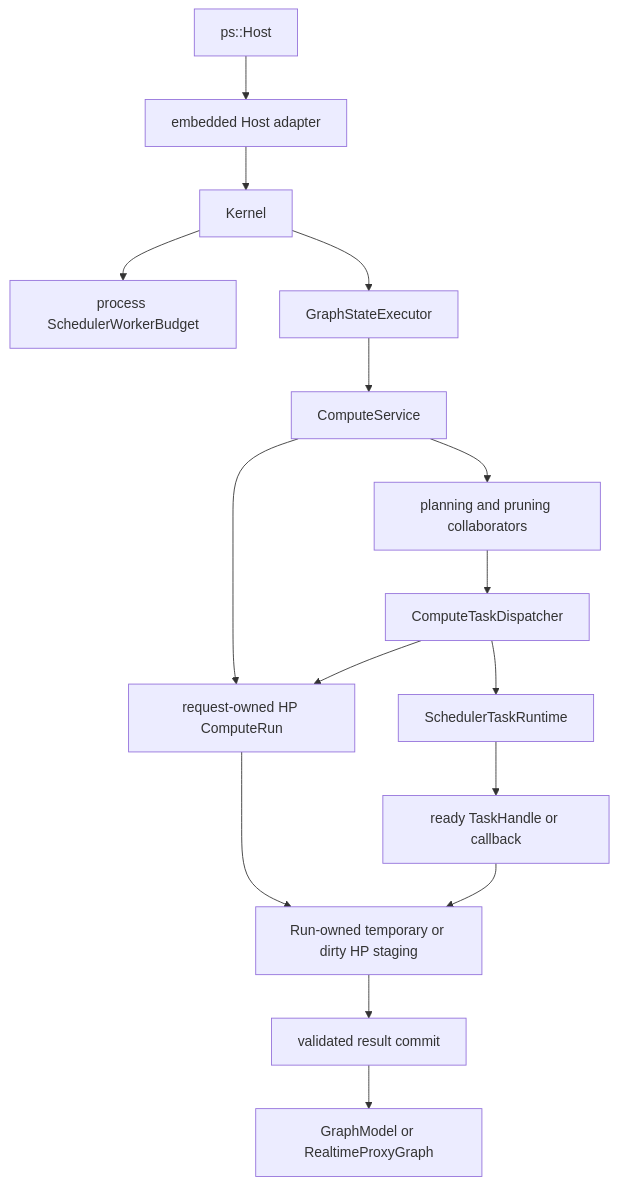
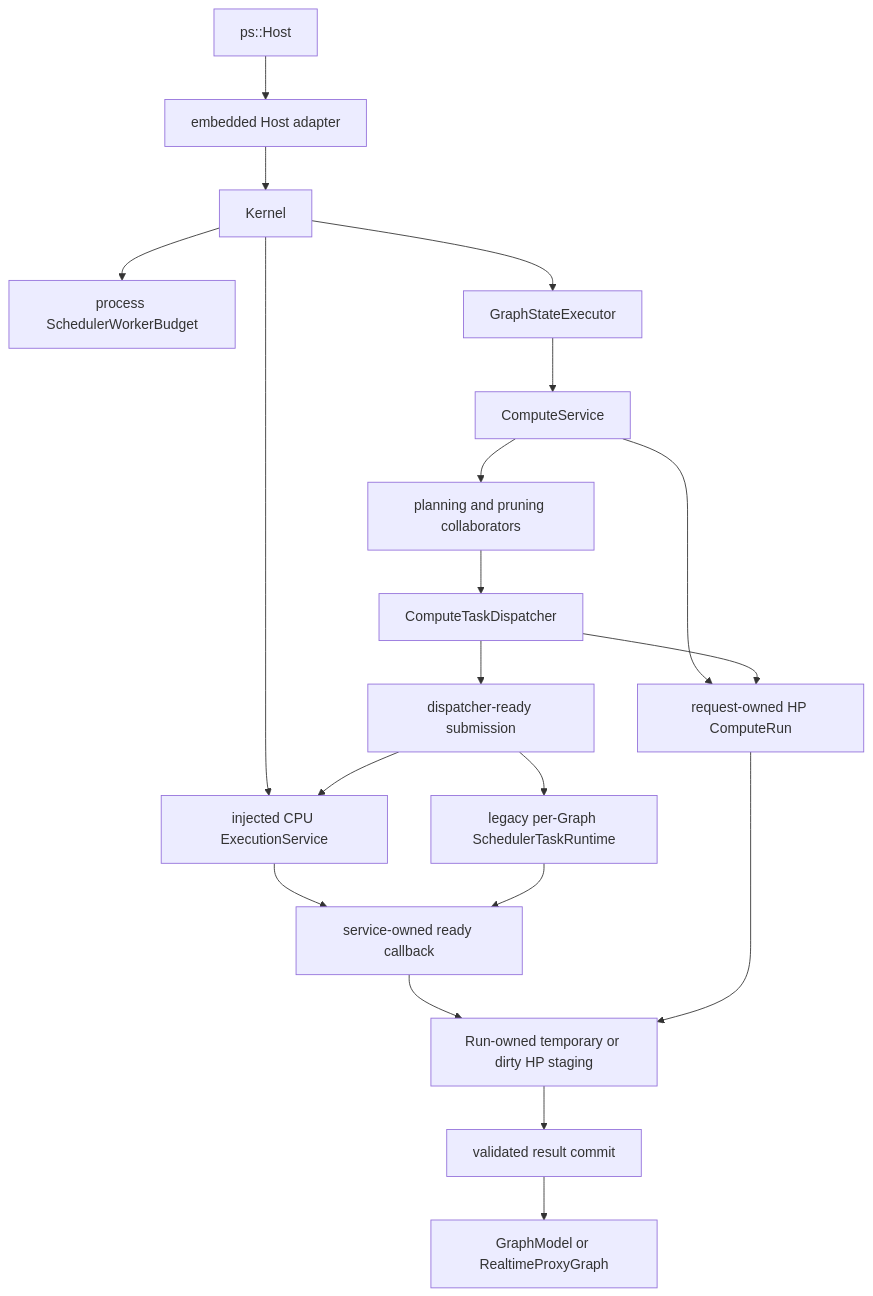
One commit to kevin-zf1123/photospider changed the diagram in docs/kernel-architecture/Compute-Boundaries.md. Above: the diagram before and after it, drawn with Mermaid. The commit also changed other lines of this file and 13 other files, not shown here.

````diff
--- a/docs/kernel-architecture/Compute-Boundaries.md
+++ b/docs/kernel-architecture/Compute-Boundaries.md
@@ -24,18 +24,22 @@
 ```mermaid
 flowchart TD
   HOST["ps::Host"] --> ADAPTER["embedded Host adapter"]
   ADAPTER --> KERNEL["Kernel"]
   KERNEL --> BUDGET["process SchedulerWorkerBudget"]
+  KERNEL --> EXEC["injected CPU ExecutionService"]
   KERNEL --> GSE["GraphStateExecutor"]
   GSE --> SERVICE["ComputeService"]
   SERVICE --> RUN["request-owned HP ComputeRun"]
   SERVICE --> PLAN["planning and pruning collaborators"]
   PLAN --> DISPATCH["ComputeTaskDispatcher"]
   DISPATCH --> RUN
-  DISPATCH --> RUNTIME["SchedulerTaskRuntime"]
-  RUNTIME --> CALLBACK["ready TaskHandle or callback"]
+  DISPATCH --> READY["dispatcher-ready submission"]
+  READY --> EXEC
+  READY --> RUNTIME["legacy per-Graph SchedulerTaskRuntime"]
+  EXEC --> CALLBACK["service-owned ready callback"]
+  RUNTIME --> CALLBACK
   CALLBACK --> TEMP["Run-owned temporary or dirty HP staging"]
   RUN --> TEMP
   TEMP --> COMMIT["validated result commit"]
   COMMIT --> GRAPH["GraphModel or RealtimeProxyGraph"]
 ```
````
